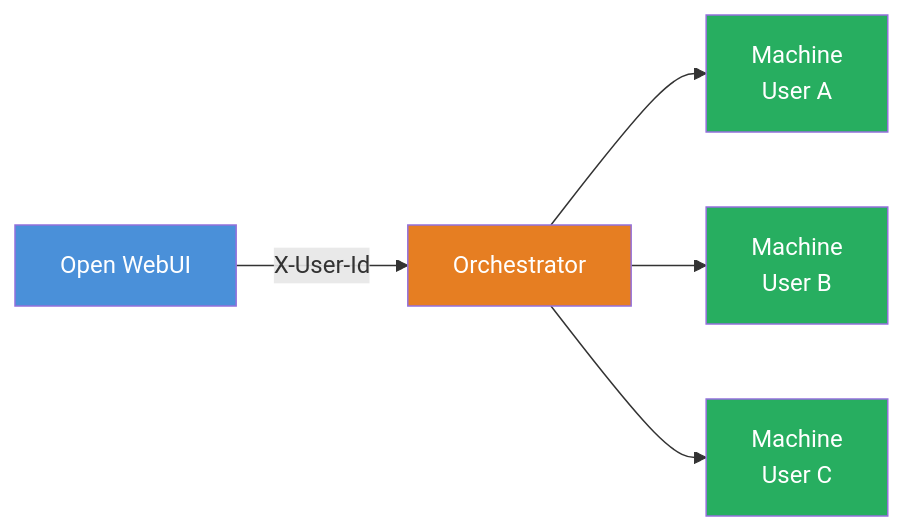
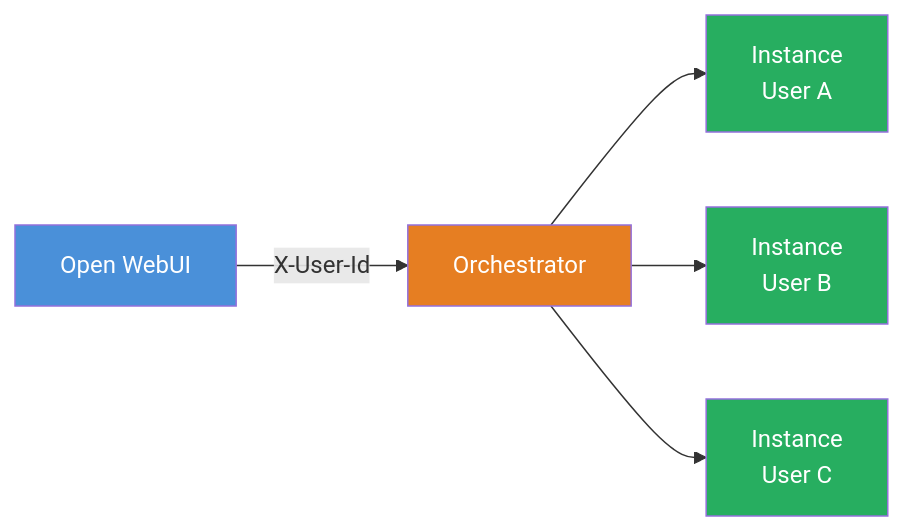
The diagram in docs/features/open-terminal/terminals/index.mdx (open-webui/docs), drawn with Mermaid before and after one commit. The commit also changed other lines of this file and 31 other files, not shown here.

````diff
--- a/docs/features/open-terminal/terminals/index.mdx
+++ b/docs/features/open-terminal/terminals/index.mdx
@@ -27,15 +27,15 @@
 ```mermaid
 flowchart LR
     OW["Open WebUI"]
     OR["Orchestrator"]
     OW -->|X-User-Id| OR
-    OR --> TA["Machine<br/>User A"]
-    OR --> TB["Machine<br/>User B"]
-    OR --> TC["Machine<br/>User C"]
+    OR --> TA["Instance<br/>User A"]
+    OR --> TB["Instance<br/>User B"]
+    OR --> TC["Instance<br/>User C"]
 
     style OW fill:#4a90d9,color:#fff
     style OR fill:#e67e22,color:#fff
     style TA fill:#27ae60,color:#fff
     style TB fill:#27ae60,color:#fff
     style TC fill:#27ae60,color:#fff
 ```
````
